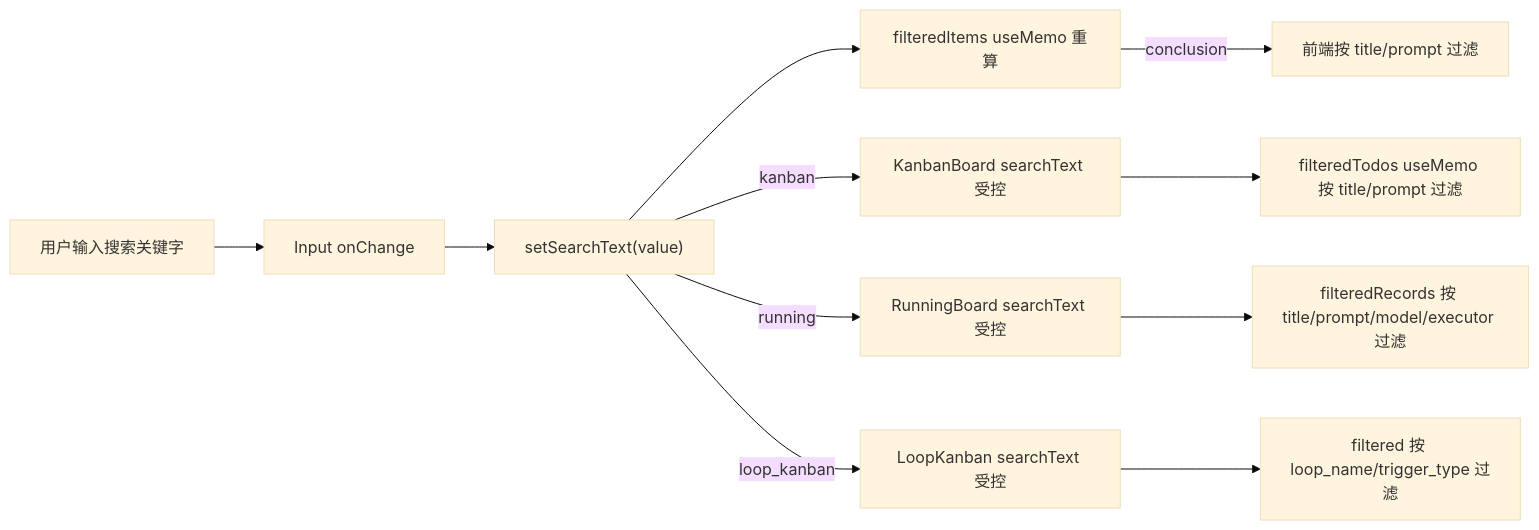
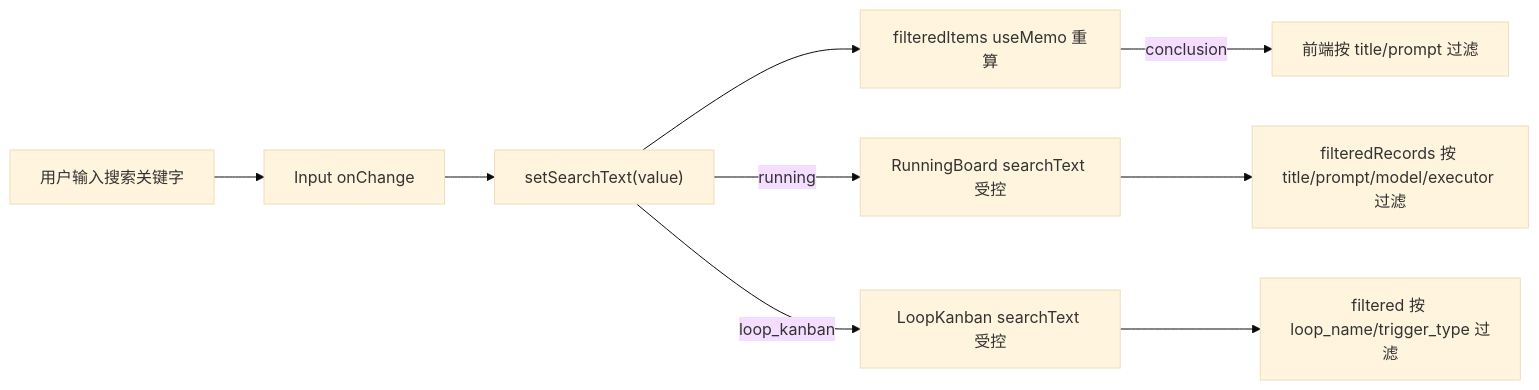
The first of 4 diagrams in frontend/src/help/pages/board-search.md (weibaohui/ntd), drawn with Mermaid (base theme) before and after one commit. The commit also changed other lines of this file and 1 other file, not shown here.

First line of the commit message:
fix(097): 修评审——清理 board-search/board-time-filter 过时的看板视图引用

````diff
--- a/frontend/src/help/pages/board-search.md
+++ b/frontend/src/help/pages/board-search.md
@@ -9,13 +9,11 @@
 ```mermaid
 flowchart LR
   U[用户输入搜索关键字] --> IN["Input onChange"]
   IN --> SS["setSearchText(value)"]
   SS --> MEM["filteredItems useMemo 重算"]
   MEM -->|conclusion| FT1["前端按 title/prompt 过滤"]
-  SS -->|kanban| KB["KanbanBoard searchText 受控"]
-  KB --> FT2["filteredTodos useMemo 按 title/prompt 过滤"]
   SS -->|running| RB["RunningBoard searchText 受控"]
   RB --> FT3["filteredRecords 按 title/prompt/model/executor 过滤"]
   SS -->|loop_kanban| LK["LoopKanban searchText 受控"]
   LK --> FT4["filtered 按 loop_name/trigger_type 过滤"]
 ```
````
